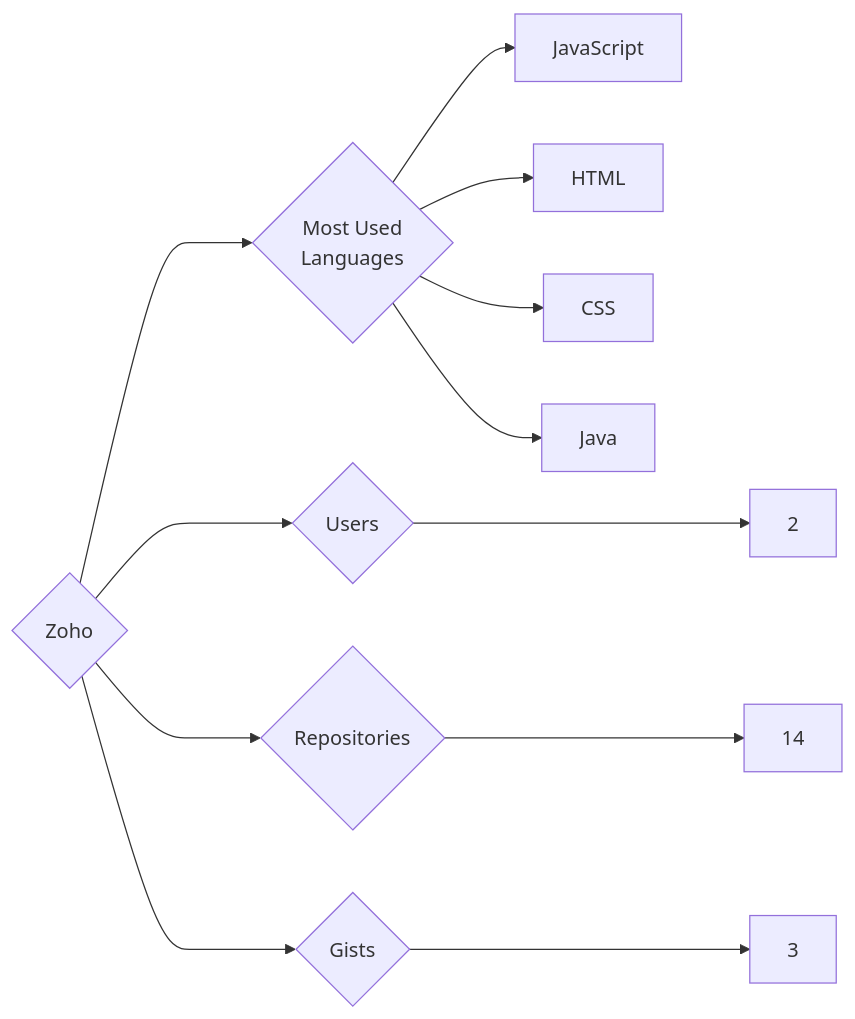
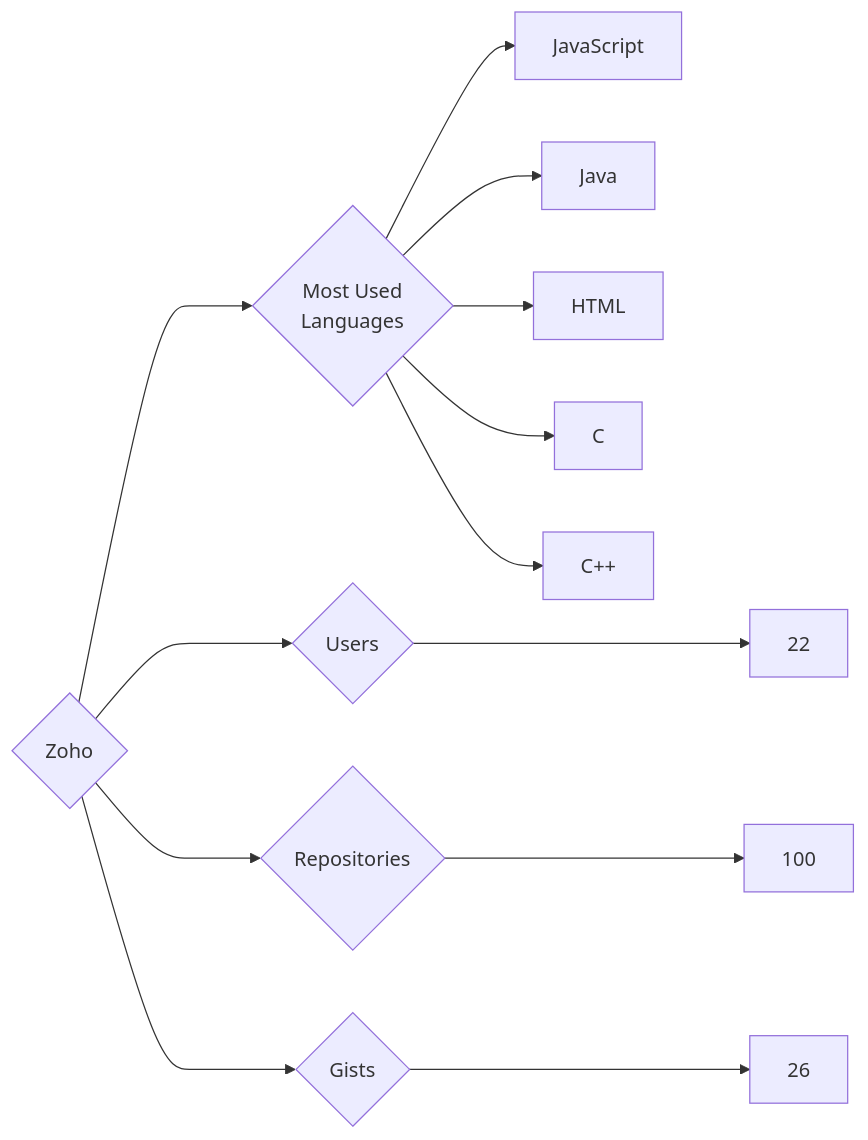
One commit to trickest/insiders changed the diagram in targets/Zoho/README.md. Above: the diagram before and after it, drawn with Mermaid. The commit also changed 972 other files, not shown here.

````diff
--- a/targets/Zoho/README.md
+++ b/targets/Zoho/README.md
@@ -3,12 +3,13 @@
 ```mermaid
 graph LR
 COMPANY_NAME{Zoho}
-COMPANY_NAME ---> U{Users} ---> UN[2]
-COMPANY_NAME ---> R{Repositories} ---> RN[14]
-COMPANY_NAME ---> G{Gists} ---> GN[3]
+COMPANY_NAME ---> U{Users} ---> UN[22]
+COMPANY_NAME ---> R{Repositories} ---> RN[100]
+COMPANY_NAME ---> G{Gists} ---> GN[26]
 COMPANY_NAME ---> ML{Most Used<br>Languages}
 ML --> JavaScript[JavaScript]
+ML --> Java[Java]
 ML --> HTML[HTML]
-ML --> CSS[CSS]
-ML --> Java[Java]
+ML --> C[C]
+ML --> C++[C++]
 ```
````
